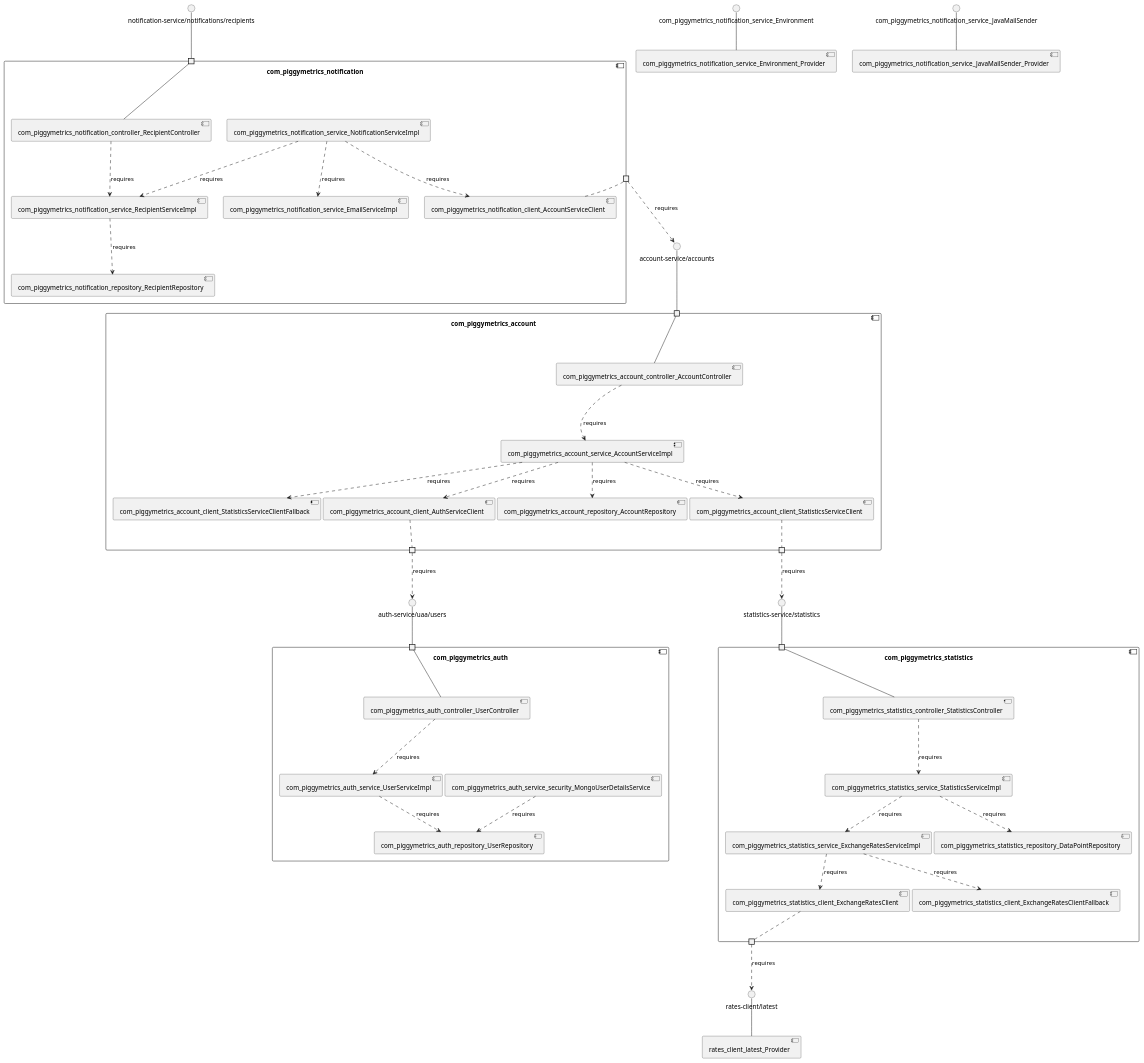
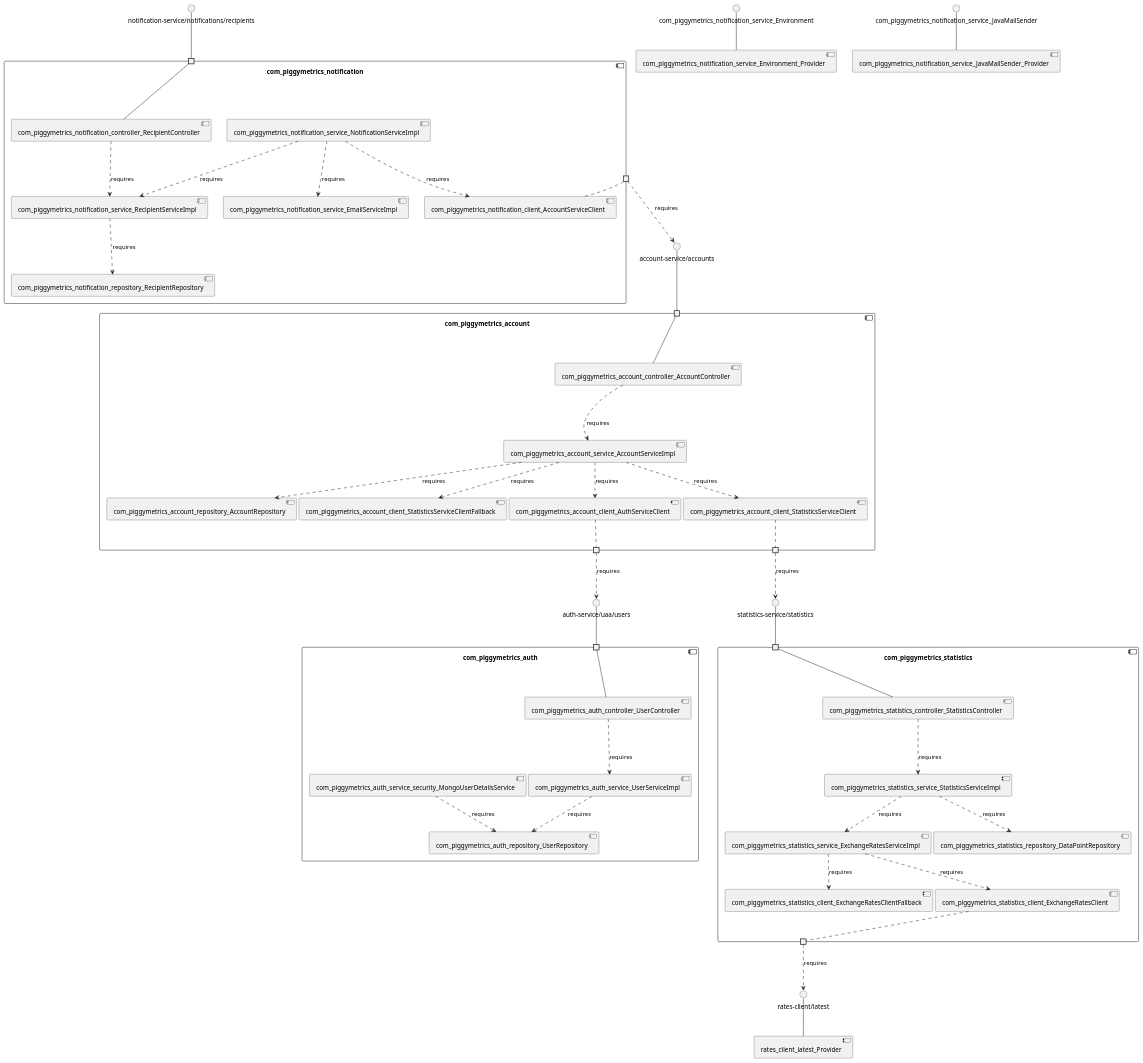
One commit to MSt-10/Palladio-ReverseEngineering-Benchmark changed the diagram in sqshq-piggymetrics/model_re/uml/componentDiagram.puml. Above: the diagram before and after it, drawn with PlantUML. The commit also changed other lines of this file and 267 other files, not shown here.

```diff
--- a/sqshq-piggymetrics/model_re/uml/componentDiagram.puml
+++ b/sqshq-piggymetrics/model_re/uml/componentDiagram.puml
@@ -1,91 +1,91 @@
 @startuml
 skinparam fixCircleLabelOverlapping true
 skinparam componentStyle uml2
 component "com_piggymetrics_account\n\n\n\n\n\n" {
 [com_piggymetrics_account_client_StatisticsServiceClient]
 [com_piggymetrics_account_repository_AccountRepository]
+[com_piggymetrics_account_client_StatisticsServiceClientFallback]
+[com_piggymetrics_account_service_AccountServiceImpl]
 [com_piggymetrics_account_client_AuthServiceClient]
 [com_piggymetrics_account_controller_AccountController]
-[com_piggymetrics_account_service_AccountServiceImpl]
-[com_piggymetrics_account_client_StatisticsServiceClientFallback]
 portin " " as com_piggymetrics_account_requires_account_service_accounts
 portout " " as com_piggymetrics_account_provides_auth_service_uaa_users
 portout " " as com_piggymetrics_account_provides_statistics_service_statistics
-[com_piggymetrics_account_service_AccountServiceImpl]..>[com_piggymetrics_account_client_AuthServiceClient] : requires
 [com_piggymetrics_account_service_AccountServiceImpl]..>[com_piggymetrics_account_repository_AccountRepository] : requires
+[com_piggymetrics_account_service_AccountServiceImpl]..>[com_piggymetrics_account_client_StatisticsServiceClient] : requires
 [com_piggymetrics_account_service_AccountServiceImpl]..>[com_piggymetrics_account_client_StatisticsServiceClientFallback] : requires
 [com_piggymetrics_account_controller_AccountController]..>[com_piggymetrics_account_service_AccountServiceImpl] : requires
-[com_piggymetrics_account_service_AccountServiceImpl]..>[com_piggymetrics_account_client_StatisticsServiceClient] : requires
+[com_piggymetrics_account_service_AccountServiceImpl]..>[com_piggymetrics_account_client_AuthServiceClient] : requires
 "com_piggymetrics_account_requires_account_service_accounts"--[com_piggymetrics_account_controller_AccountController]
+[com_piggymetrics_account_client_StatisticsServiceClient].."com_piggymetrics_account_provides_statistics_service_statistics"
 [com_piggymetrics_account_client_AuthServiceClient].."com_piggymetrics_account_provides_auth_service_uaa_users"
-[com_piggymetrics_account_client_StatisticsServiceClient].."com_piggymetrics_account_provides_statistics_service_statistics"
 }
 interface "account-service/accounts" as interface.account_service_accounts
 interface.account_service_accounts--"com_piggymetrics_account_requires_account_service_accounts"
 interface "auth-service/uaa/users" as interface.auth_service_uaa_users
 "com_piggymetrics_account_provides_auth_service_uaa_users"..>interface.auth_service_uaa_users : requires
 interface "statistics-service/statistics" as interface.statistics_service_statistics
 "com_piggymetrics_account_provides_statistics_service_statistics"..>interface.statistics_service_statistics : requires
 component "com_piggymetrics_auth\n\n\n\n\n\n" {
+[com_piggymetrics_auth_service_security_MongoUserDetailsService]
 [com_piggymetrics_auth_controller_UserController]
 [com_piggymetrics_auth_service_UserServiceImpl]
 [com_piggymetrics_auth_repository_UserRepository]
-[com_piggymetrics_auth_service_security_MongoUserDetailsService]
 portin " " as com_piggymetrics_auth_requires_auth_service_uaa_users
+[com_piggymetrics_auth_service_security_MongoUserDetailsService]..>[com_piggymetrics_auth_repository_UserRepository] : requires
 [com_piggymetrics_auth_controller_UserController]..>[com_piggymetrics_auth_service_UserServiceImpl] : requires
 [com_piggymetrics_auth_service_UserServiceImpl]..>[com_piggymetrics_auth_repository_UserRepository] : requires
-[com_piggymetrics_auth_service_security_MongoUserDetailsService]..>[com_piggymetrics_auth_repository_UserRepository] : requires
 "com_piggymetrics_auth_requires_auth_service_uaa_users"--[com_piggymetrics_auth_controller_UserController]
 }
 interface "auth-service/uaa/users" as interface.auth_service_uaa_users
 interface.auth_service_uaa_users--"com_piggymetrics_auth_requires_auth_service_uaa_users"
 component "com_piggymetrics_notification\n\n\n\n\n\n" {
 [com_piggymetrics_notification_service_EmailServiceImpl]
-[com_piggymetrics_notification_repository_RecipientRepository]
-[com_piggymetrics_notification_controller_RecipientController]
 [com_piggymetrics_notification_service_NotificationServiceImpl]
 [com_piggymetrics_notification_client_AccountServiceClient]
 [com_piggymetrics_notification_service_RecipientServiceImpl]
+[com_piggymetrics_notification_controller_RecipientController]
+[com_piggymetrics_notification_repository_RecipientRepository]
 portin " " as com_piggymetrics_notification_requires_notification_service_notifications_recipients
 portout " " as com_piggymetrics_notification_provides_account_service_accounts
+[com_piggymetrics_notification_service_NotificationServiceImpl]..>[com_piggymetrics_notification_service_RecipientServiceImpl] : requires
+[com_piggymetrics_notification_service_RecipientServiceImpl]..>[com_piggymetrics_notification_repository_RecipientRepository] : requires
+[com_piggymetrics_notification_service_NotificationServiceImpl]..>[com_piggymetrics_notification_service_EmailServiceImpl] : requires
+[com_piggymetrics_notification_service_NotificationServiceImpl]..>[com_piggymetrics_notification_client_AccountServiceClient] : requires
 [com_piggymetrics_notification_controller_RecipientController]..>[com_piggymetrics_notification_service_RecipientServiceImpl] : requires
-[com_piggymetrics_notification_service_NotificationServiceImpl]..>[com_piggymetrics_notification_service_EmailServiceImpl] : requires
-[com_piggymetrics_notification_service_RecipientServiceImpl]..>[com_piggymetrics_notification_repository_RecipientRepository] : requires
-[com_piggymetrics_notification_service_NotificationServiceImpl]..>[com_piggymetrics_notification_service_RecipientServiceImpl] : requires
-[com_piggymetrics_notification_service_NotificationServiceImpl]..>[com_piggymetrics_notification_client_AccountServiceClient] : requires
 "com_piggymetrics_notification_requires_notification_service_notifications_recipients"--[com_piggymetrics_notification_controller_RecipientController]
 [com_piggymetrics_notification_client_AccountServiceClient].."com_piggymetrics_notification_provides_account_service_accounts"
 }
 interface "notification-service/notifications/recipients" as interface.notification_service_notifications_recipients
 interface.notification_service_notifications_recipients--"com_piggymetrics_notification_requires_notification_service_notifications_recipients"
 interface "account-service/accounts" as interface.account_service_accounts
 "com_piggymetrics_notification_provides_account_service_accounts"..>interface.account_service_accounts : requires
 component "com_piggymetrics_statistics\n\n\n\n\n\n" {
-[com_piggymetrics_statistics_client_ExchangeRatesClientFallback]
+[com_piggymetrics_statistics_repository_DataPointRepository]
 [com_piggymetrics_statistics_service_StatisticsServiceImpl]
 [com_piggymetrics_statistics_controller_StatisticsController]
-[com_piggymetrics_statistics_repository_DataPointRepository]
 [com_piggymetrics_statistics_client_ExchangeRatesClient]
 [com_piggymetrics_statistics_service_ExchangeRatesServiceImpl]
+[com_piggymetrics_statistics_client_ExchangeRatesClientFallback]
 portin " " as com_piggymetrics_statistics_requires_statistics_service_statistics
 portout " " as com_piggymetrics_statistics_provides_rates_client_latest
+[com_piggymetrics_statistics_service_ExchangeRatesServiceImpl]..>[com_piggymetrics_statistics_client_ExchangeRatesClientFallback] : requires
+[com_piggymetrics_statistics_controller_StatisticsController]..>[com_piggymetrics_statistics_service_StatisticsServiceImpl] : requires
+[com_piggymetrics_statistics_service_StatisticsServiceImpl]..>[com_piggymetrics_statistics_repository_DataPointRepository] : requires
+[com_piggymetrics_statistics_service_ExchangeRatesServiceImpl]..>[com_piggymetrics_statistics_client_ExchangeRatesClient] : requires
 [com_piggymetrics_statistics_service_StatisticsServiceImpl]..>[com_piggymetrics_statistics_service_ExchangeRatesServiceImpl] : requires
-[com_piggymetrics_statistics_service_ExchangeRatesServiceImpl]..>[com_piggymetrics_statistics_client_ExchangeRatesClient] : requires
-[com_piggymetrics_statistics_service_StatisticsServiceImpl]..>[com_piggymetrics_statistics_repository_DataPointRepository] : requires
-[com_piggymetrics_statistics_controller_StatisticsController]..>[com_piggymetrics_statistics_service_StatisticsServiceImpl] : requires
-[com_piggymetrics_statistics_service_ExchangeRatesServiceImpl]..>[com_piggymetrics_statistics_client_ExchangeRatesClientFallback] : requires
 "com_piggymetrics_statistics_requires_statistics_service_statistics"--[com_piggymetrics_statistics_controller_StatisticsController]
 [com_piggymetrics_statistics_client_ExchangeRatesClient].."com_piggymetrics_statistics_provides_rates_client_latest"
 }
 interface "statistics-service/statistics" as interface.statistics_service_statistics
 interface.statistics_service_statistics--"com_piggymetrics_statistics_requires_statistics_service_statistics"
 interface "rates-client/latest" as interface.rates_client_latest
 "com_piggymetrics_statistics_provides_rates_client_latest"..>interface.rates_client_latest : requires
 interface "com_piggymetrics_notification_service_Environment" as interface.com_piggymetrics_notification_service_Environment
 interface.com_piggymetrics_notification_service_Environment--[com_piggymetrics_notification_service_Environment_Provider]
 interface "com_piggymetrics_notification_service_JavaMailSender" as interface.com_piggymetrics_notification_service_JavaMailSender
 interface.com_piggymetrics_notification_service_JavaMailSender--[com_piggymetrics_notification_service_JavaMailSender_Provider]
 interface "rates-client/latest" as interface.rates_client_latest
 interface.rates_client_latest--[rates_client_latest_Provider]
 
 @enduml
```
